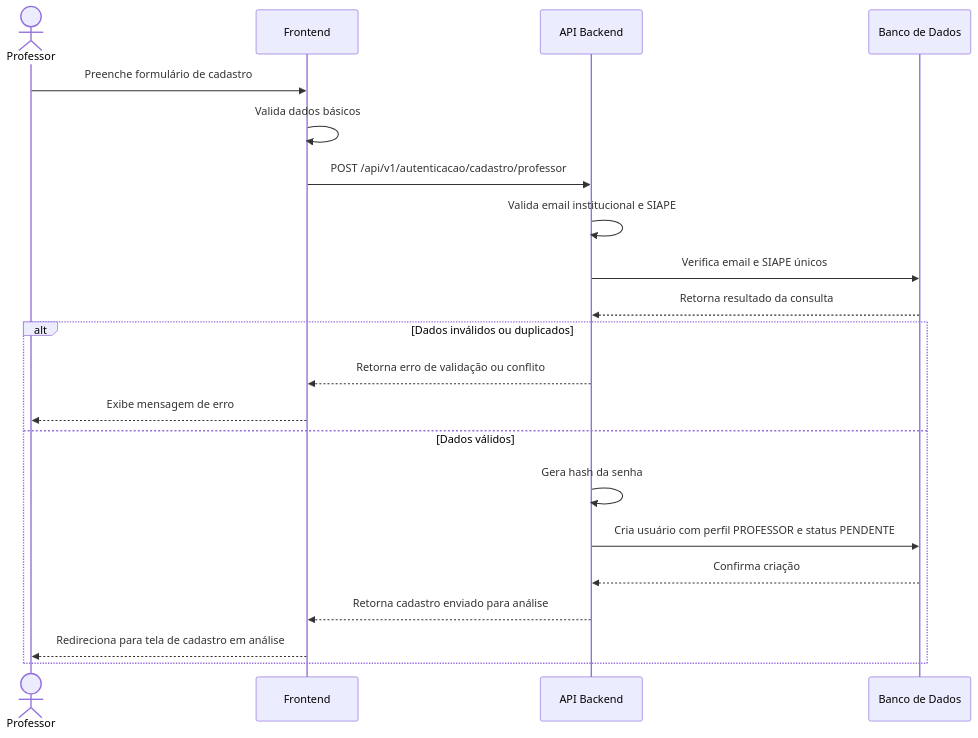
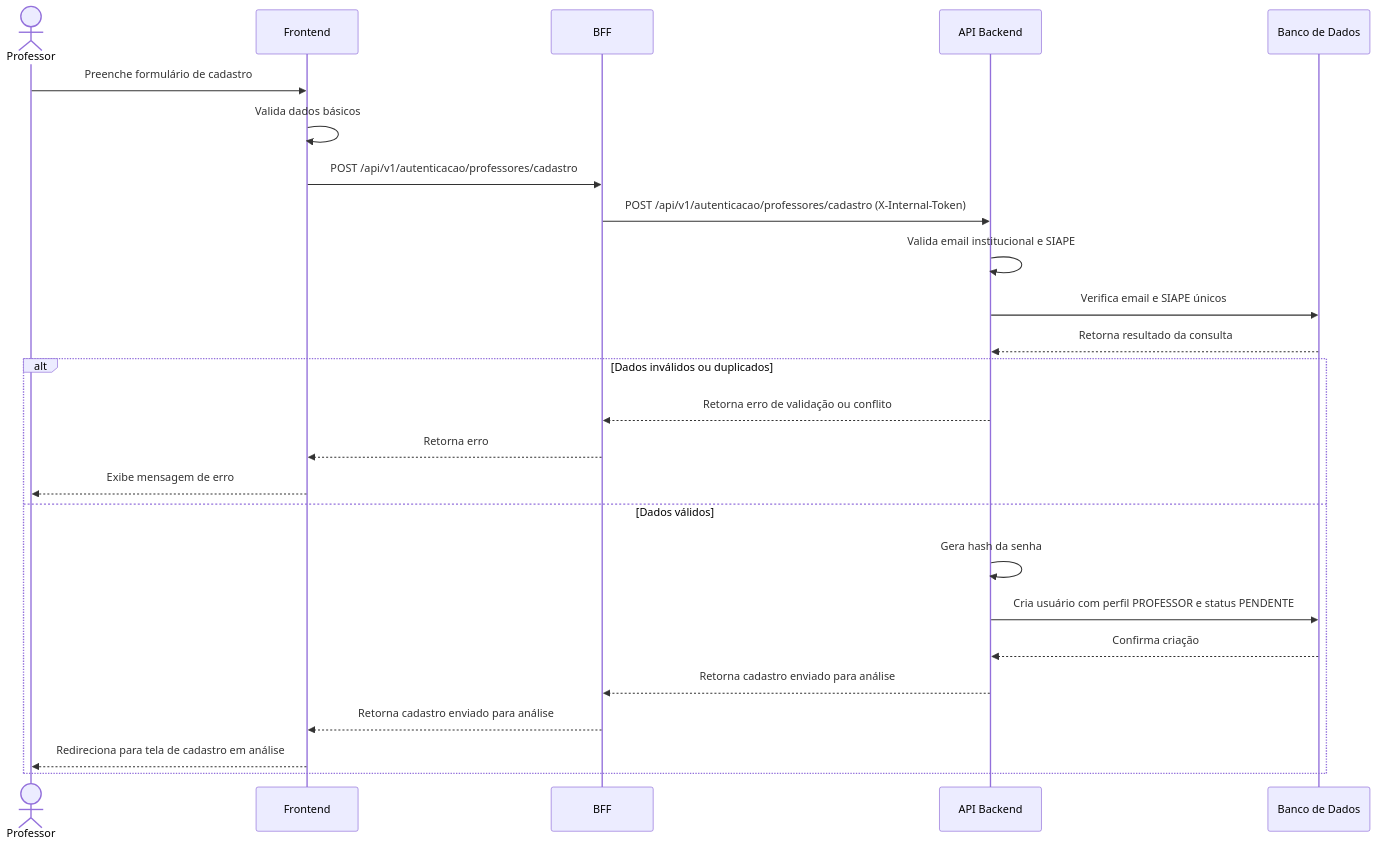
Before and after one commit to fga-eps-mds/2026-1-AnatoQuizUp-Doc: the third of 8 diagrams in docs/arquitetura/visoes/processos.md, drawn with Mermaid. The commit also changed other lines of this file and 14 other files, not shown here.

````diff
--- a/docs/arquitetura/visoes/processos.md
+++ b/docs/arquitetura/visoes/processos.md
@@ -58,25 +66,29 @@
 ```mermaid
 sequenceDiagram
     actor Professor
     participant Frontend
+    participant BFF
     participant Backend as API Backend
     participant Banco as Banco de Dados
 
     Professor->>Frontend: Preenche formulário de cadastro
     Frontend->>Frontend: Valida dados básicos
-    Frontend->>Backend: POST /api/v1/autenticacao/cadastro/professor
+    Frontend->>BFF: POST /api/v1/autenticacao/professores/cadastro
+    BFF->>Backend: POST /api/v1/autenticacao/professores/cadastro (X-Internal-Token)
     Backend->>Backend: Valida email institucional e SIAPE
     Backend->>Banco: Verifica email e SIAPE únicos
     Banco-->>Backend: Retorna resultado da consulta
 
     alt Dados inválidos ou duplicados
-        Backend-->>Frontend: Retorna erro de validação ou conflito
+        Backend-->>BFF: Retorna erro de validação ou conflito
+        BFF-->>Frontend: Retorna erro
         Frontend-->>Professor: Exibe mensagem de erro
     else Dados válidos
         Backend->>Backend: Gera hash da senha
         Backend->>Banco: Cria usuário com perfil PROFESSOR e status PENDENTE
         Banco-->>Backend: Confirma criação
-        Backend-->>Frontend: Retorna cadastro enviado para análise
+        Backend-->>BFF: Retorna cadastro enviado para análise
+        BFF-->>Frontend: Retorna cadastro enviado para análise
         Frontend-->>Professor: Redireciona para tela de cadastro em análise
     end
 ```
````
